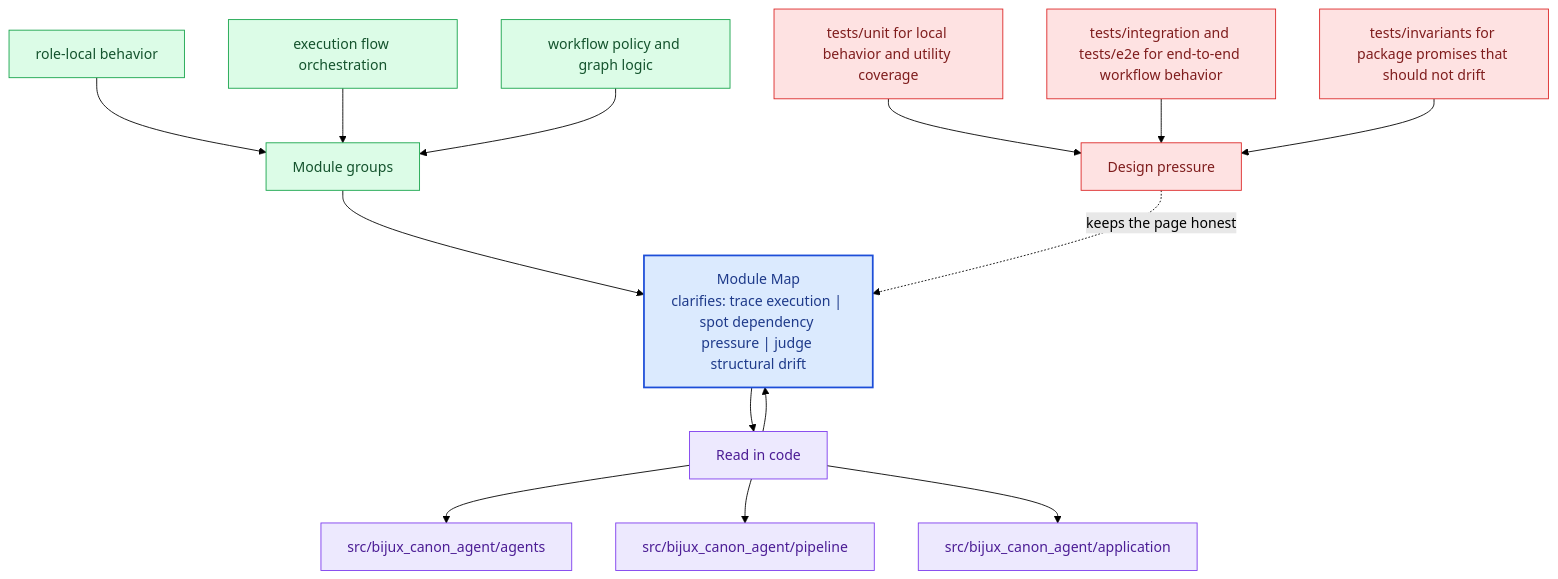
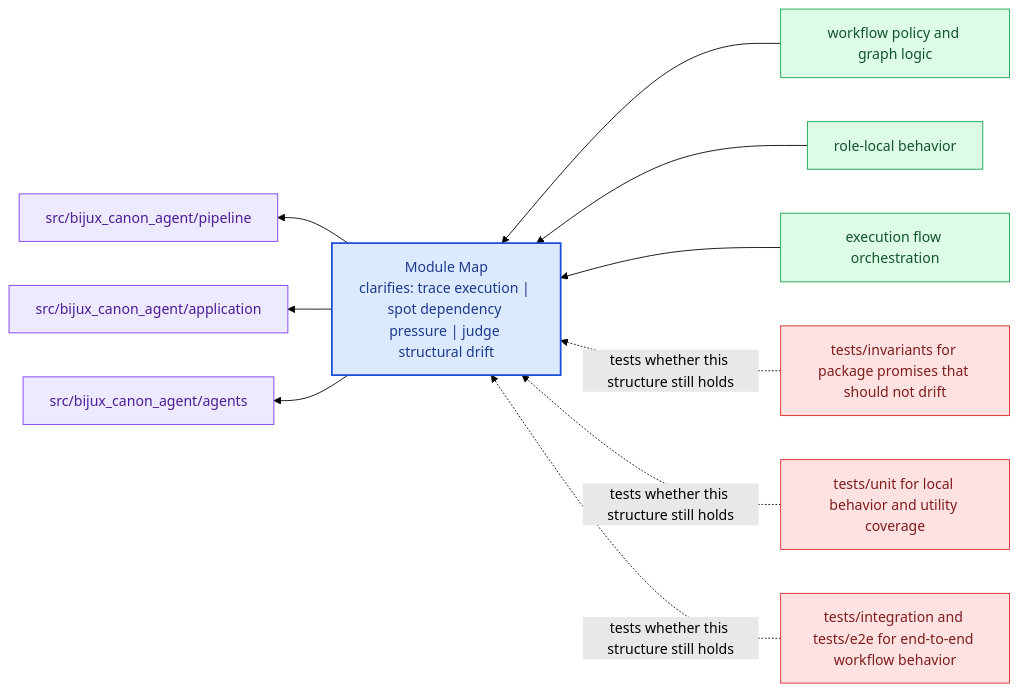
Before and after one commit to bijux/bijux-canon: the diagram in docs/bijux-canon-agent/architecture/module-map.md, drawn with Mermaid (forest theme). The commit also changed other lines of this file and 281 other files, not shown here.

Commit message:
docs(diagrams): replace repeated mermaid scaffolds with page-specific summaries

````diff
--- a/docs/bijux-canon-agent/architecture/module-map.md
+++ b/docs/bijux-canon-agent/architecture/module-map.md
@@ -68,40 +23,31 @@
 ```mermaid
-flowchart TB
-    promise["Module Map<br/>clarifies: trace execution | spot dependency pressure | judge structural drift"]
-    classDef promise fill:#dbeafe,stroke:#1d4ed8,color:#1e3a8a,stroke-width:2px;
-    classDef driver fill:#dcfce7,stroke:#16a34a,color:#14532d;
-    classDef constraint fill:#fee2e2,stroke:#dc2626,color:#7f1d1d;
-    classDef ground fill:#ede9fe,stroke:#7c3aed,color:#4c1d95;
-    focus1["Module groups"]
-    focus1 --> promise
-    focus1_1["role-local behavior"]
-    focus1_1 --> focus1
-    focus1_2["execution flow orchestration"]
-    focus1_2 --> focus1
-    focus1_3["workflow policy and graph logic"]
-    focus1_3 --> focus1
-    class focus1 driver;
-    class focus1_1,focus1_2,focus1_3 driver;
-    focus2["Read in code"]
-    focus2 --> promise
-    promise --> focus2
-    focus2_1["src/bijux_canon_agent/agents"]
-    focus2 --> focus2_1
-    focus2_2["src/bijux_canon_agent/pipeline"]
-    focus2 --> focus2_2
-    focus2_3["src/bijux_canon_agent/application"]
-    focus2 --> focus2_3
-    class focus2 ground;
-    class focus2_1,focus2_2,focus2_3 ground;
-    focus3["Design pressure"]
-    focus3 -.keeps the page honest.-> promise
-    focus3_1["tests/unit for local behavior and utility coverage"]
-    focus3_1 --> focus3
-    focus3_2["tests/integration and tests/e2e for end-to-end workflow behavior"]
-    focus3_2 --> focus3
-    focus3_3["tests/invariants for package promises that should not drift"]
-    focus3_3 --> focus3
-    class focus3 constraint;
-    class focus3_1,focus3_2,focus3_3 constraint;
-    class promise promise;
+flowchart RL
+    page["Module Map<br/>clarifies: trace execution | spot dependency pressure | judge structural drift"]
+    classDef page fill:#dbeafe,stroke:#1d4ed8,color:#1e3a8a,stroke-width:2px;
+    classDef positive fill:#dcfce7,stroke:#16a34a,color:#14532d;
+    classDef caution fill:#fee2e2,stroke:#dc2626,color:#7f1d1d;
+    classDef anchor fill:#ede9fe,stroke:#7c3aed,color:#4c1d95;
+    classDef action fill:#fef3c7,stroke:#d97706,color:#7c2d12;
+    module1["workflow policy and graph logic"]
+    module1 --> page
+    module2["role-local behavior"]
+    module2 --> page
+    module3["execution flow orchestration"]
+    module3 --> page
+    code1["src/bijux_canon_agent/pipeline"]
+    page --> code1
+    code2["src/bijux_canon_agent/application"]
+    page --> code2
+    code3["src/bijux_canon_agent/agents"]
+    page --> code3
+    pressure1["tests/invariants for package promises that should not drift"]
+    pressure1 -.tests whether this structure still holds.-> page
+    pressure2["tests/unit for local behavior and utility coverage"]
+    pressure2 -.tests whether this structure still holds.-> page
+    pressure3["tests/integration and tests/e2e for end-to-end workflow behavior"]
+    pressure3 -.tests whether this structure still holds.-> page
+    class page page;
+    class module1,module2,module3 positive;
+    class code1,code2,code3 anchor;
+    class pressure1,pressure2,pressure3 caution;
 ```
````
